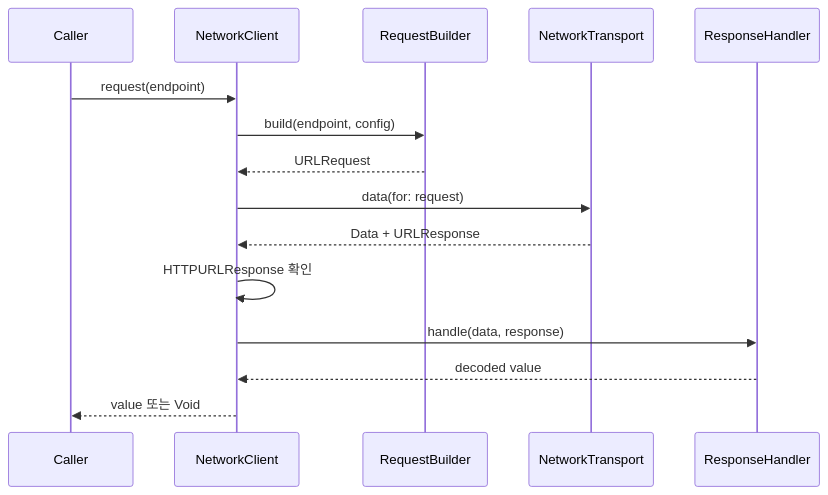
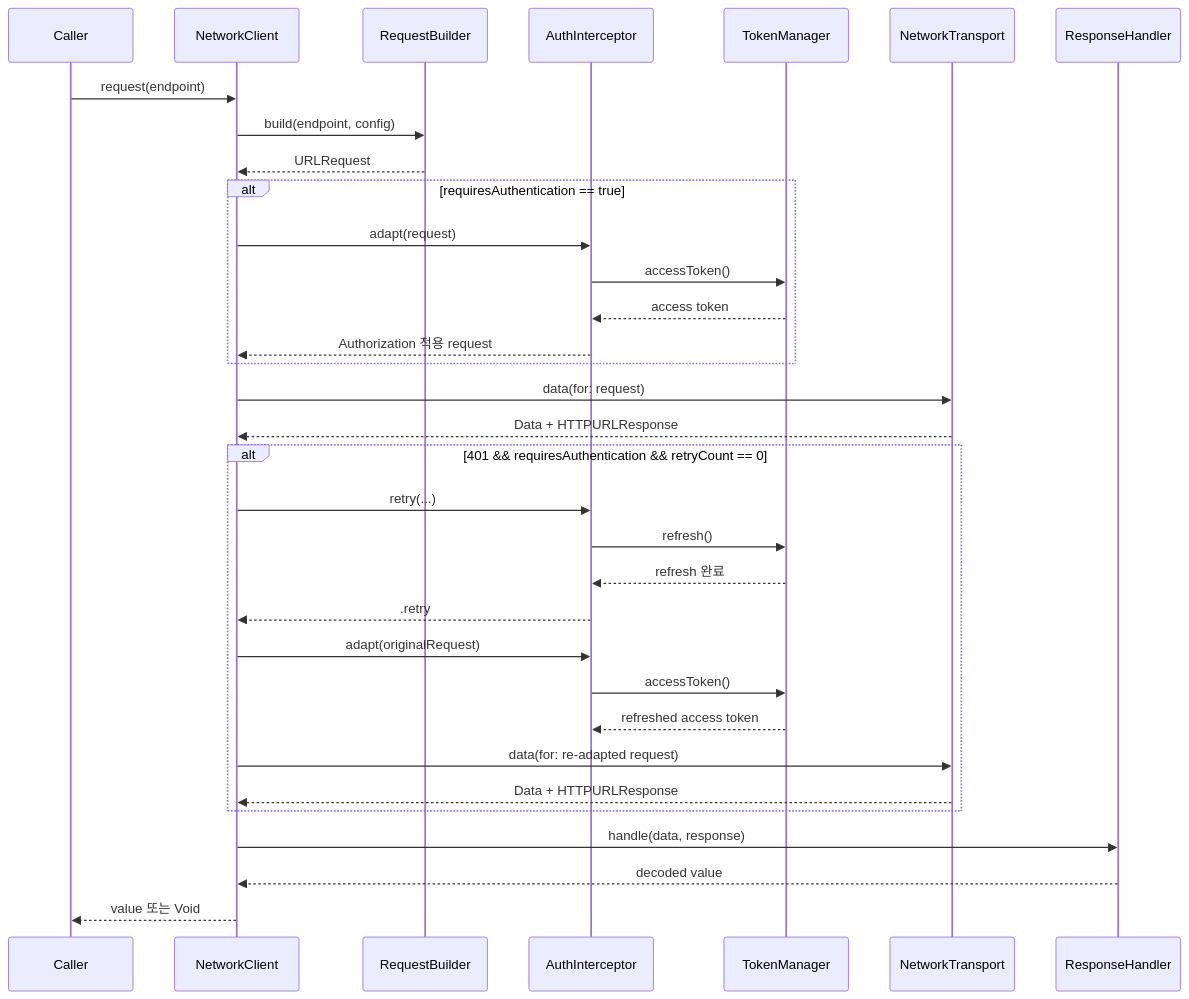
The fourth of 8 diagrams in Projects/LivithNetworking/README.md (mediunn/Livith-iOS), drawn with Mermaid before and after one commit. The commit also changed other lines of this file and 11 other files, not shown here.

First line of the commit message:
[Feat] LIVD-395 - 401 Unauthorized 대응을 위한 refresh 및 retry 흐름 구현

````diff
--- a/Projects/LivithNetworking/README.md
+++ b/Projects/LivithNetworking/README.md
@@ -138,18 +139,36 @@
 ```mermaid
 sequenceDiagram
     participant Caller
     participant Client as NetworkClient
     participant Builder as RequestBuilder
+    participant Interceptor as AuthInterceptor
+    participant Manager as TokenManager
     participant Transport as NetworkTransport
     participant Handler as ResponseHandler
 
     Caller->>Client: request(endpoint)
     Client->>Builder: build(endpoint, config)
     Builder-->>Client: URLRequest
+    alt requiresAuthentication == true
+        Client->>Interceptor: adapt(request)
+        Interceptor->>Manager: accessToken()
+        Manager-->>Interceptor: access token
+        Interceptor-->>Client: Authorization 적용 request
+    end
     Client->>Transport: data(for: request)
-    Transport-->>Client: Data + URLResponse
-    Client->>Client: HTTPURLResponse 확인
+    Transport-->>Client: Data + HTTPURLResponse
+    alt 401 && requiresAuthentication && retryCount == 0
+        Client->>Interceptor: retry(...)
+        Interceptor->>Manager: refresh()
+        Manager-->>Interceptor: refresh 완료
+        Interceptor-->>Client: .retry
+        Client->>Interceptor: adapt(originalRequest)
+        Interceptor->>Manager: accessToken()
+        Manager-->>Interceptor: refreshed access token
+        Client->>Transport: data(for: re-adapted request)
+        Transport-->>Client: Data + HTTPURLResponse
+    end
     Client->>Handler: handle(data, response)
     Handler-->>Client: decoded value
     Client-->>Caller: value 또는 Void
 ```
````
